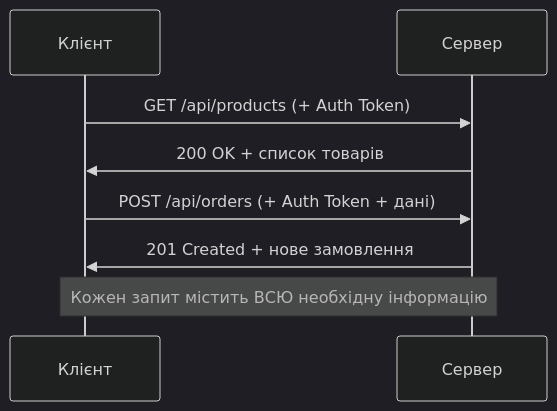
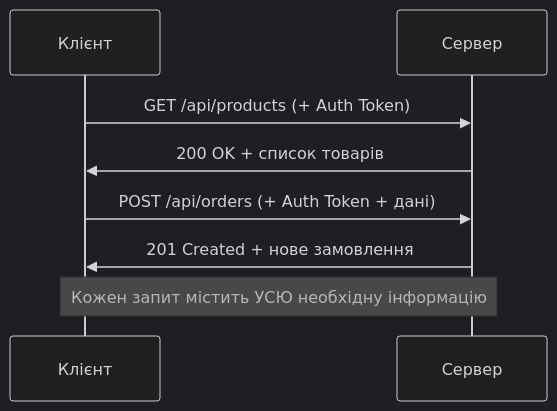
The third of 9 diagrams in presentations/presentation-11.md (olroi421/course-opi-v2), drawn with Mermaid (dark theme) before and after one commit. The commit also changed other lines of this file and 10 other files, not shown here.

````diff
--- a/presentations/presentation-11.md
+++ b/presentations/presentation-11.md
@@ -94,13 +134,13 @@
 ```mermaid
 sequenceDiagram
     participant C as Клієнт
     participant S as Сервер
 
     C->>S: GET /api/products (+ Auth Token)
     S->>C: 200 OK + список товарів
 
     C->>S: POST /api/orders (+ Auth Token + дані)
     S->>C: 201 Created + нове замовлення
 
-    Note over C,S: Кожен запит містить ВСЮ необхідну інформацію
+    Note over C,S: Кожен запит містить УСЮ необхідну інформацію
 ```
````
